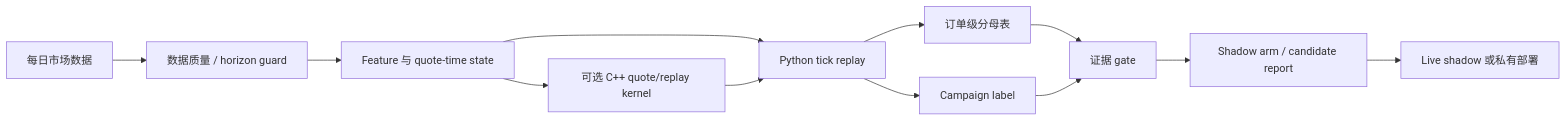
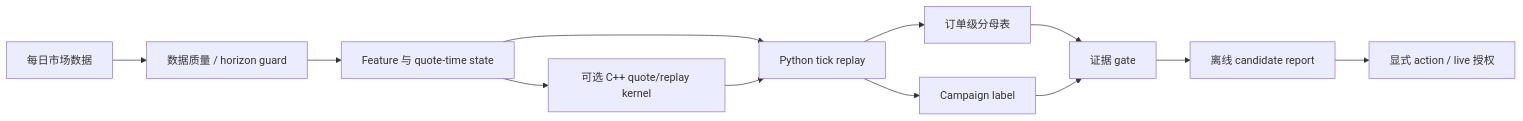
The diagram in README.zh-CN.md (xiao-nanbei/NarrowGateMaker), drawn with Mermaid before and after one commit. The commit also changed other lines of this file and 647 other files, not shown here.

````diff
--- a/README.zh-CN.md
+++ b/README.zh-CN.md
@@ -139,14 +191,14 @@
 ```mermaid
 flowchart LR
   A["每日市场数据"] --> B["数据质量 / horizon guard"]
   B --> C["Feature 与 quote-time state"]
   C --> D["Python tick replay"]
   D --> E["订单级分母表"]
   D --> F["Campaign label"]
   E --> G["证据 gate"]
   F --> G
-  G --> H["Shadow arm / candidate report"]
-  H --> I["Live shadow 或私有部署"]
+  G --> H["离线 candidate report"]
+  H --> I["显式 action / live 授权"]
   C --> J["可选 C++ quote/replay kernel"]
   J --> D
 ```
````
